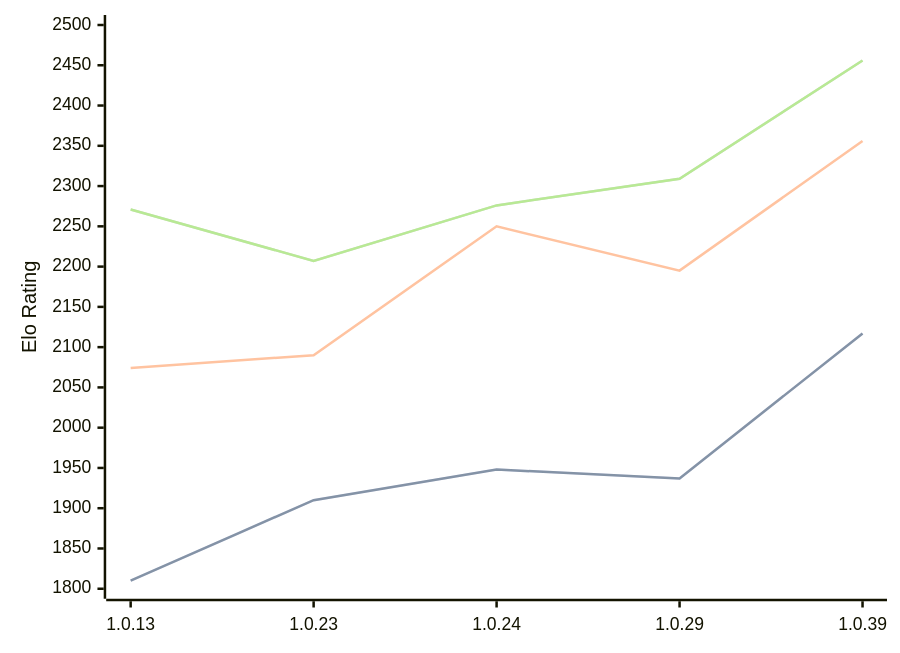
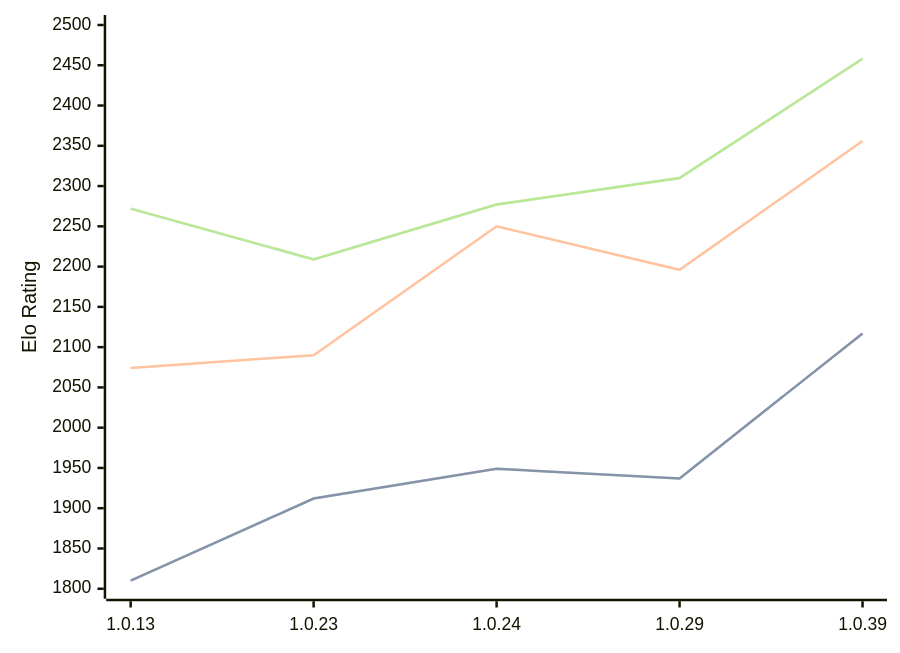
One commit to computer-chess-index/cci changed the diagram in engines/RustyRival.md. Above: the diagram before and after it, drawn with Mermaid. The commit also changed other lines of this file, not shown here.

Commit message:
Update CCI Ratings (ELO VLTC) - 2026-04-19

````diff
--- a/engines/RustyRival.md
+++ b/engines/RustyRival.md
@@ -66,11 +66,11 @@
 ```mermaid
 %%{init: {"theme":"base","themeVariables":{"seriesColors:['#a3a3a3','#222221','#faa371']}}}%%
 xychart-beta
   x-axis ["1.0.13", "1.0.23", "1.0.24", "1.0.29", "1.0.39"]
   y-axis "Elo Rating" 1800 --> 2500
-  line "STC (8.0+0.08s)" [1810, 1910, 1948, 1937, 2117]
-  line "STC (8.0+0.08s)" [1810, 1910, 1948, 1937, 2117]
-  line "LTC (60.0+0.60s)" [2074, 2090, 2250, 2195, 2356]
-  line "VLTC (2m24s+1.12s)" [2271, 2207, 2276, 2309, 2456]
-  line "VLTC (2m24s+1.12s)" [2271, 2207, 2276, 2309, 2456]
+  line "STC (8.0+0.08s)" [1810, 1912, 1949, 1937, 2117]
+  line "STC (8.0+0.08s)" [1810, 1912, 1949, 1937, 2117]
+  line "LTC (60.0+0.60s)" [2074, 2090, 2250, 2196, 2356]
+  line "VLTC (2m24s+1.12s)" [2272, 2209, 2277, 2310, 2458]
+  line "VLTC (2m24s+1.12s)" [2272, 2209, 2277, 2310, 2458]
 ```
````
